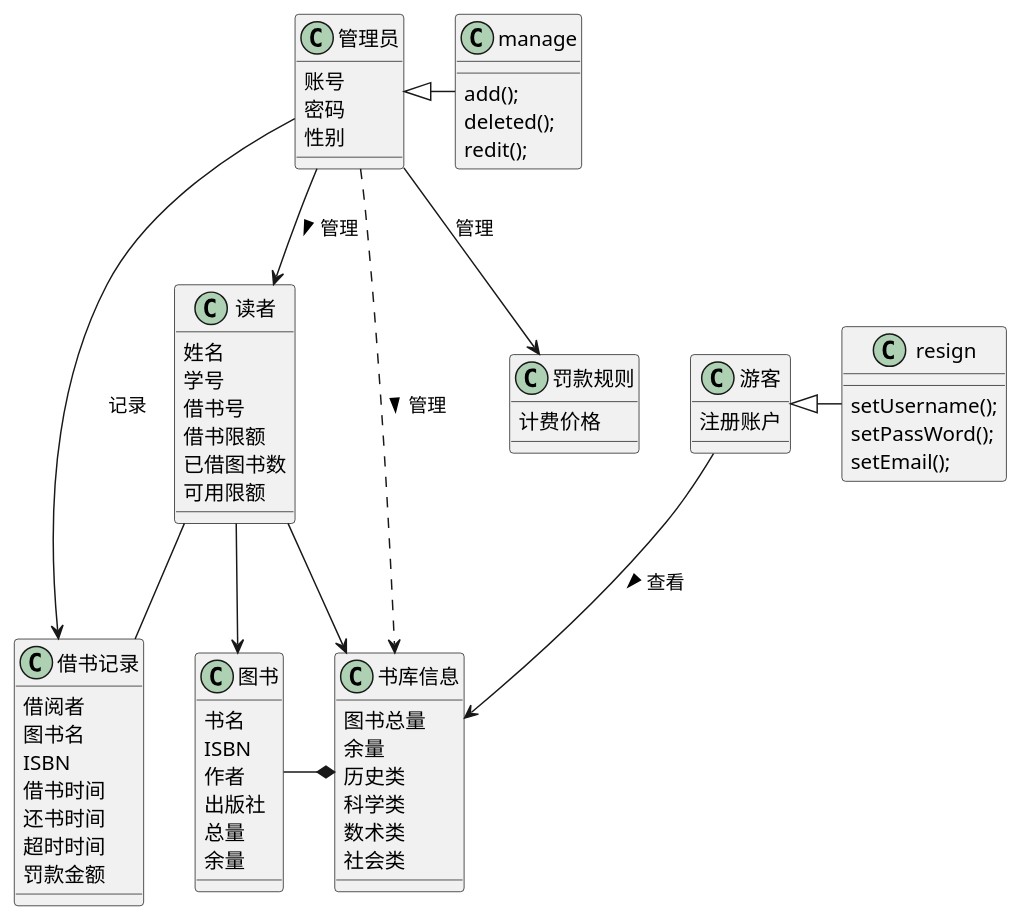
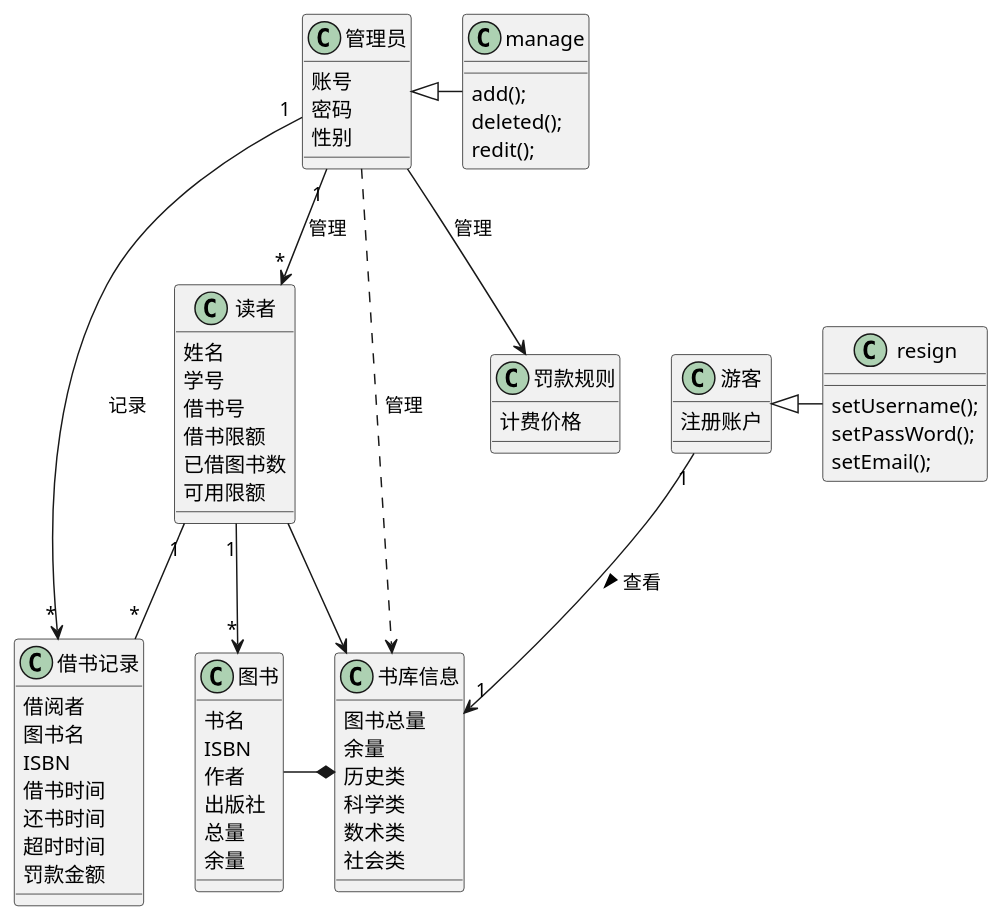
Before and after one commit to 1095729006/is_analysis-3: the first of 8 diagrams in test3/Readme.md, drawn with PlantUML. The commit also changed other lines of this file, not shown here.

```diff
--- a/test3/Readme.md
+++ b/test3/Readme.md
@@ -10,67 +10,72 @@
 @startuml
 class 读者{
 姓名
 学号
 借书号
 借书限额
 已借图书数
 可用限额
 }
+
 class 管理员{
 账号
 密码
 性别
 }
+
 class 游客{
  注册账户
- }
- class 图书{
- 书名
- ISBN
- 作者
- 出版社
- 总量
- 余量
- }
- class 书库信息{
- 图书总量
- 余量
- 历史类
- 科学类
- 数术类
- 社会类
- }
+}
+
+class 书库信息{
+图书总量
+余量
+历史类
+科学类
+数术类
+社会类
+}
+class 图书{
+书名
+ISBN
+作者
+出版社
+总量
+余量
+}
 class 借书记录{
 借阅者
 图书名
 ISBN
 借书时间
 还书时间
 超时时间
 罚款金额
 }
 class 罚款规则{
 计费价格
 }
-管理员 --> 读者 : 管理 >
-管理员 ..> 书库信息 :管理 >
-管理员->借书记录:记录
+
+管理员"1" -->"*" 读者 :管理
+管理员 ..> 书库信息:管理
+管理员"1"->"*"借书记录:记录
 管理员-->罚款规则:管理
-读者-->图书
+读者"1"-->"*"图书
 读者->书库信息
-读者--借书记录
-游客-->书库信息:查看 >
+读者"1"--"*"借书记录
+游客"1"-->"1"书库信息:查看 >
 图书-*书库信息
 管理员<|- manage
 object manage{
 add();
 deleted();
 redit();
 }
 游客<|- resign
 object resign{
 setUsername();
 setPassWord();
 setEmail();
 }
+
 @enduml
```
